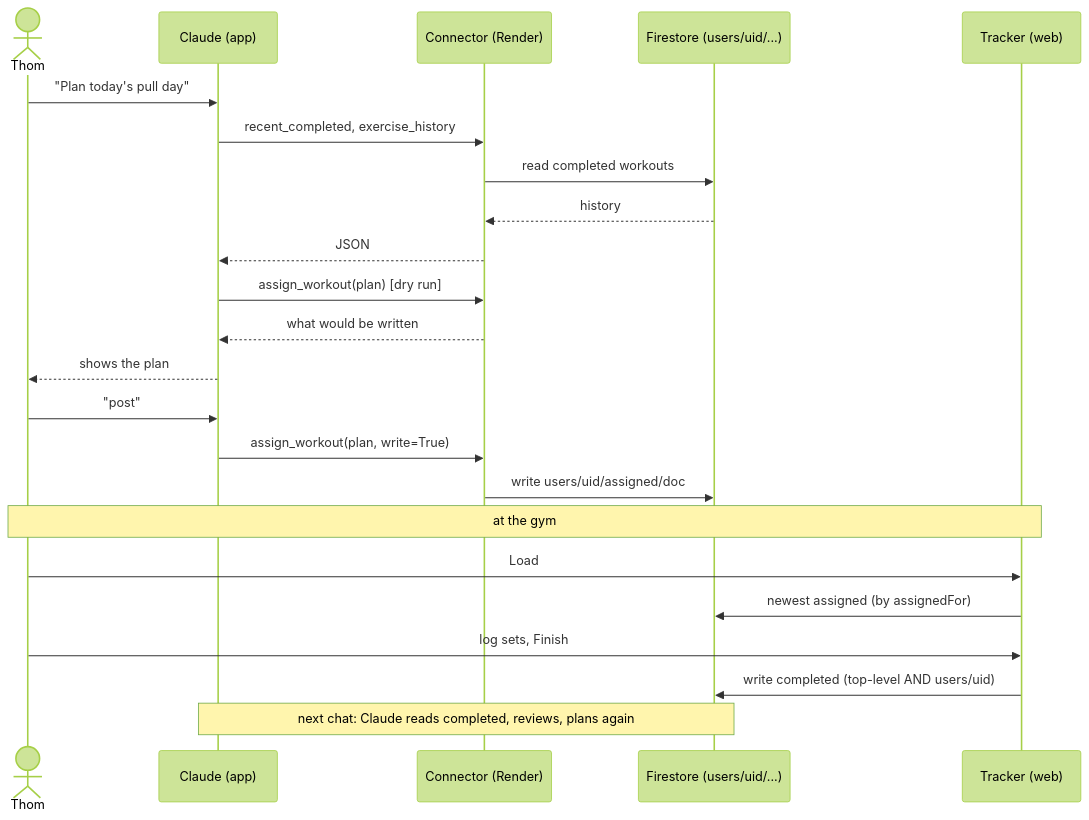
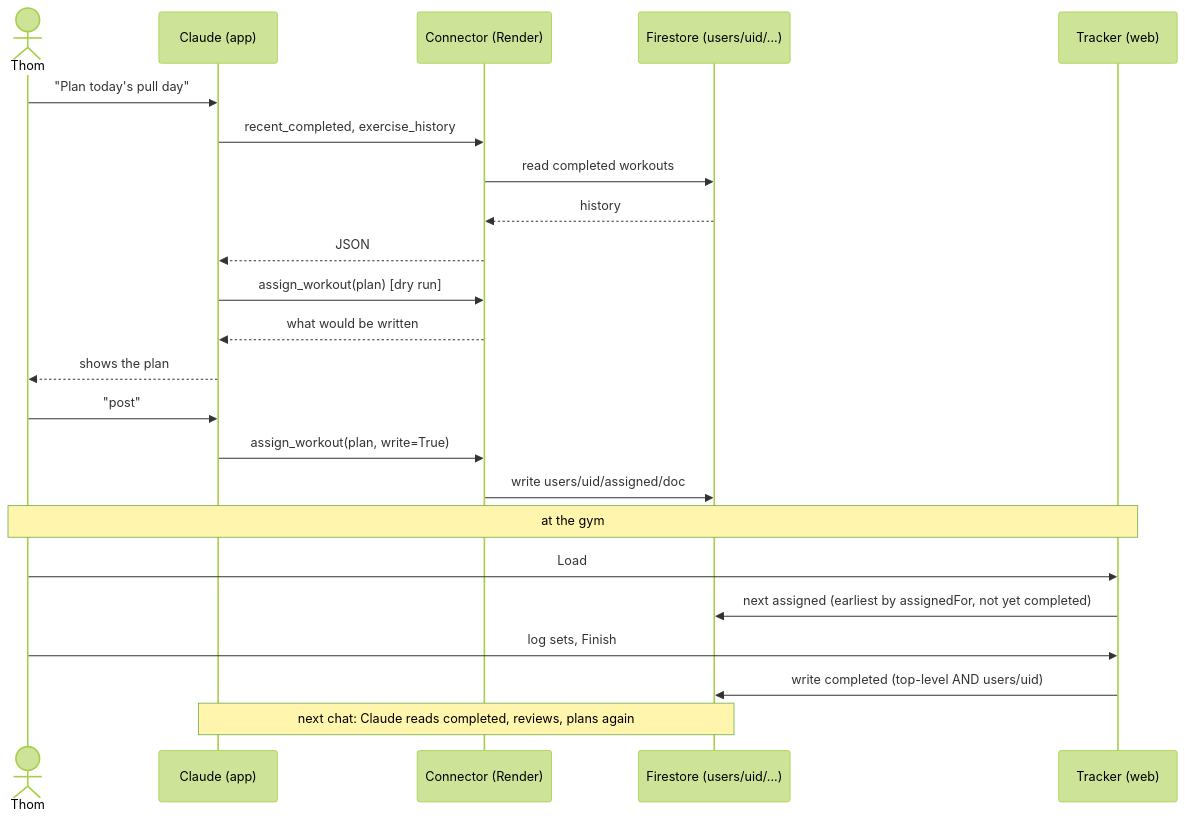
Before and after one commit to CoachThomLamb/wilo_ai: the second of 3 diagrams in docs/infrastructure-and-rebuild.md, drawn with Mermaid (forest theme). The commit also changed 1 other file, not shown here.

Commit message:
Docs: the app loads the next uncompleted workout (#90)
recent_assigned told the coach "the newest is what the app loads", and
the infra diagram said the same. Both now match the tracker.

Claude-Session: https://claude.ai/code/session_01HYzvGRWcKYM37TxVC11hN8

````diff
--- a/docs/infrastructure-and-rebuild.md
+++ b/docs/infrastructure-and-rebuild.md
@@ -75,26 +75,26 @@
 ```mermaid
 sequenceDiagram
     actor T as Thom
     participant C as Claude (app)
     participant S as Connector (Render)
     participant F as Firestore (users/uid/...)
     participant W as Tracker (web)
 
     T->>C: "Plan today's pull day"
     C->>S: recent_completed, exercise_history
     S->>F: read completed workouts
     F-->>S: history
     S-->>C: JSON
     C->>S: assign_workout(plan)  [dry run]
     S-->>C: what would be written
     C-->>T: shows the plan
     T->>C: "post"
     C->>S: assign_workout(plan, write=True)
     S->>F: write users/uid/assigned/doc
     Note over T,W: at the gym
     T->>W: Load
-    W->>F: newest assigned (by assignedFor)
+    W->>F: next assigned (earliest by assignedFor, not yet completed)
     T->>W: log sets, Finish
     W->>F: write completed (top-level AND users/uid)
     Note over C,F: next chat: Claude reads completed, reviews, plans again
 ```
````
